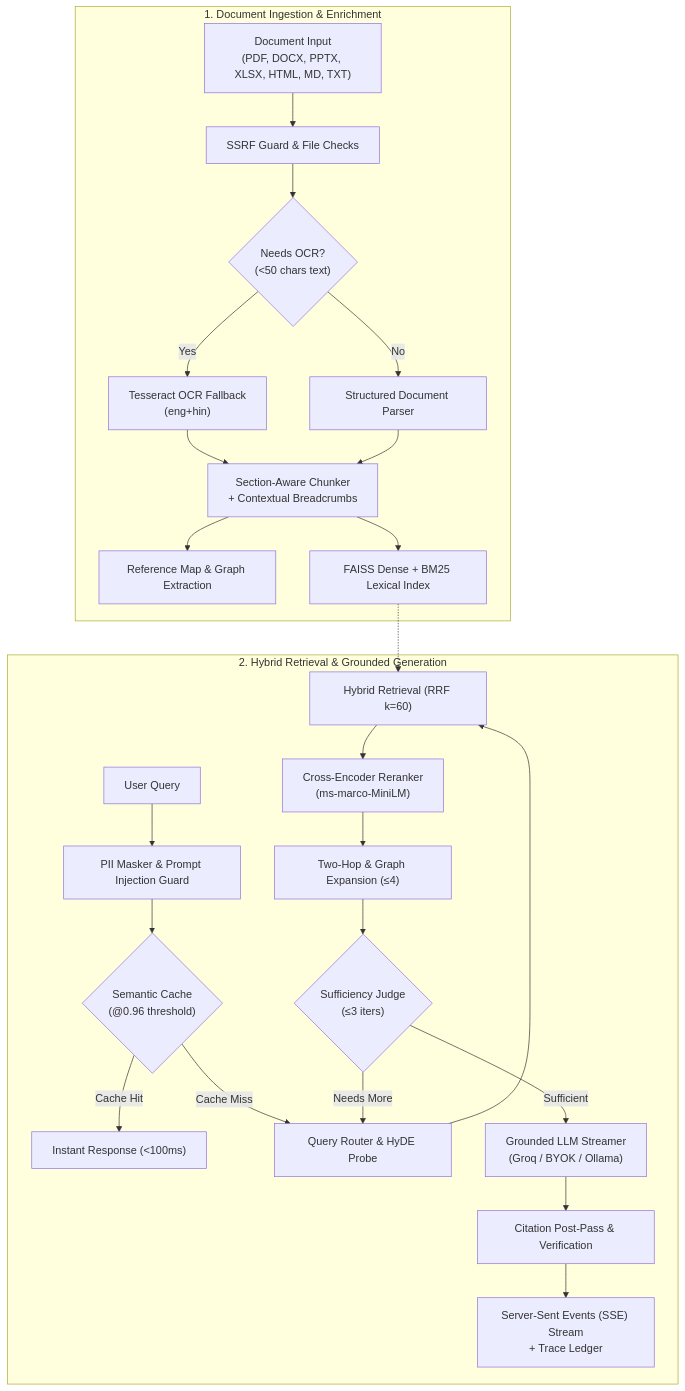
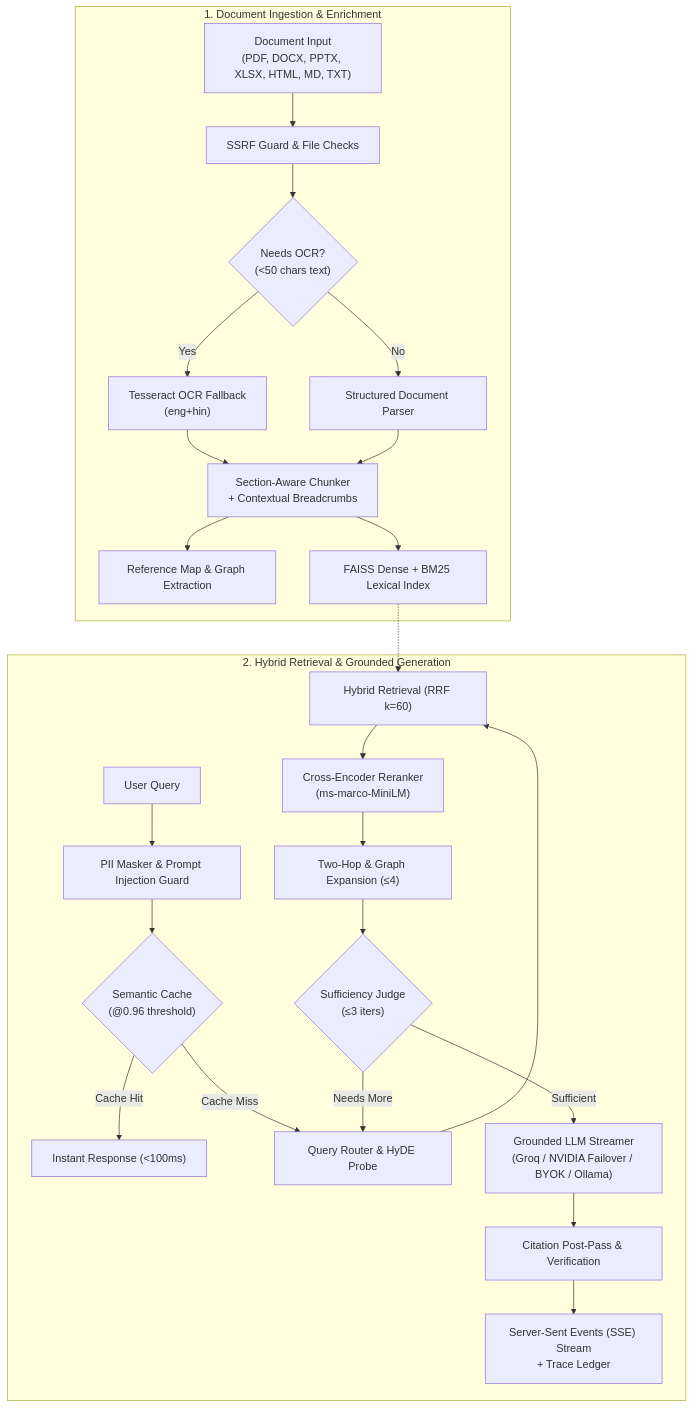
One commit to suvendu-2006/allcited changed the diagram in README.md. Above: the diagram before and after it, drawn with Mermaid. The commit also changed other lines of this file and 2 other files, not shown here.

Commit message:
docs: overhaul web/README.md and update READMEs with NVIDIA failover & architecture details

````diff
--- a/README.md
+++ b/README.md
@@ -137,29 +137,29 @@
 ```mermaid
 flowchart TD
     subgraph Ingestion ["1. Document Ingestion & Enrichment"]
         Doc["Document Input\n(PDF, DOCX, PPTX, XLSX, HTML, MD, TXT)"] --> Guard["SSRF Guard & File Checks"]
         Guard --> OCR{"Needs OCR?\n(<50 chars text)"}
         OCR -- Yes --> Tess["Tesseract OCR Fallback\n(eng+hin)"]
         OCR -- No --> Parser["Structured Document Parser"]
         Tess --> Chunker["Section-Aware Chunker\n+ Contextual Breadcrumbs"]
         Parser --> Chunker
         Chunker --> RefMap["Reference Map & Graph Extraction"]
         Chunker --> Index["FAISS Dense + BM25 Lexical Index"]
     end
 
     subgraph Querying ["2. Hybrid Retrieval & Grounded Generation"]
         UserQ["User Query"] --> PII["PII Masker & Prompt Injection Guard"]
         PII --> Cache{"Semantic Cache\n(@0.96 threshold)"}
         Cache -- Cache Hit --> CachedAns["Instant Response (<100ms)"]
         Cache -- Cache Miss --> Router["Query Router & HyDE Probe"]
         Router --> Retrieval["Hybrid Retrieval (RRF k=60)"]
         Index -.-> Retrieval
         Retrieval --> Rerank["Cross-Encoder Reranker\n(ms-marco-MiniLM)"]
         Rerank --> Expand["Two-Hop & Graph Expansion (≤4)"]
         Expand --> Agentic{"Sufficiency Judge\n(≤3 iters)"}
         Agentic -- Needs More --> Router
-        Agentic -- Sufficient --> LLM["Grounded LLM Streamer\n(Groq / BYOK / Ollama)"]
+        Agentic -- Sufficient --> LLM["Grounded LLM Streamer\n(Groq / NVIDIA Failover / BYOK / Ollama)"]
         LLM --> PostPass["Citation Post-Pass & Verification"]
         PostPass --> SSE["Server-Sent Events (SSE) Stream\n+ Trace Ledger"]
     end
 ```
````
